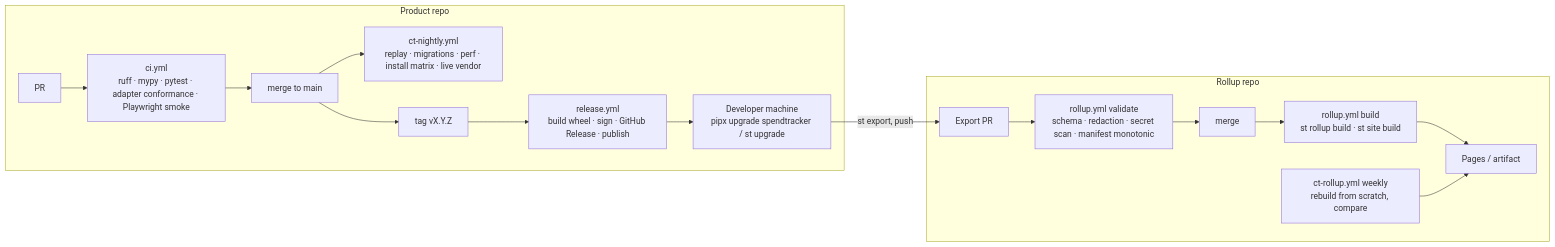
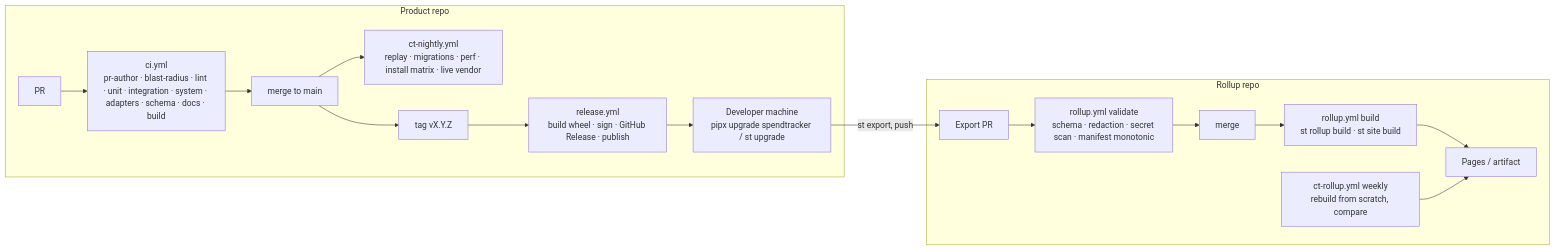
One commit to newellnarco/SpendTracker changed the diagram in docs/02-delivery/CI-CD.md. Above: the diagram before and after it, drawn with Mermaid. The commit also changed other lines of this file and 33 other files, not shown here.

````diff
--- a/docs/02-delivery/CI-CD.md
+++ b/docs/02-delivery/CI-CD.md
@@ -8,19 +8,19 @@
 ```mermaid
 flowchart LR
     subgraph product[Product repo]
-        pr[PR] --> ci[ci.yml<br/>ruff · mypy · pytest · adapter conformance · Playwright smoke]
+        pr[PR] --> ci[ci.yml<br/>pr-author · blast-radius · lint · unit · integration · system · adapters · schema · docs · build]
         ci --> merge[merge to main]
         merge --> nightly[ct-nightly.yml<br/>replay · migrations · perf · install matrix · live vendor]
         merge --> tag[tag vX.Y.Z]
         tag --> rel[release.yml<br/>build wheel · sign · GitHub Release · publish]
         rel --> user[Developer machine<br/>pipx upgrade spendtracker / st upgrade]
     end
     subgraph rollup[Rollup repo]
         xpr[Export PR] --> val[rollup.yml validate<br/>schema · redaction · secret scan · manifest monotonic]
         val --> xmerge[merge]
         xmerge --> build[rollup.yml build<br/>st rollup build · st site build]
         build --> pages[Pages / artifact]
         weekly[ct-rollup.yml weekly<br/>rebuild from scratch, compare] --> pages
     end
     user -- "st export, push" --> xpr
 ```
````
